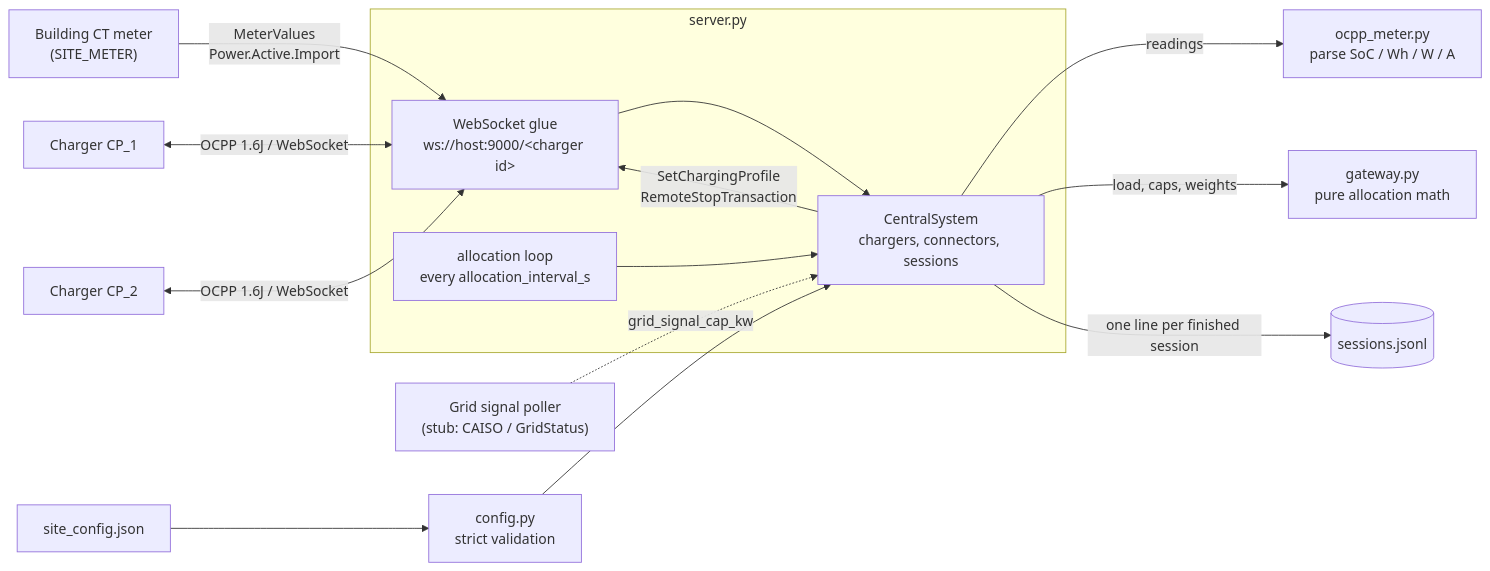
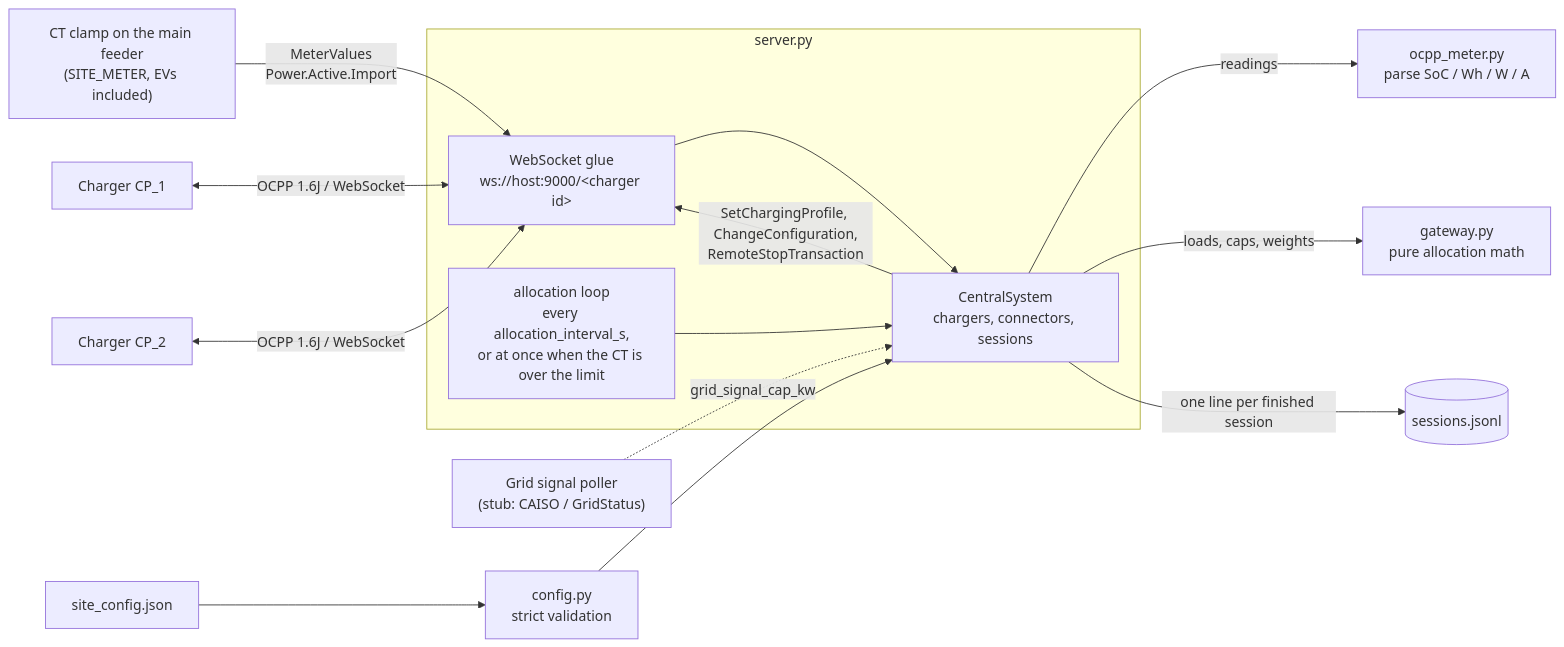
The diagram in README.md (Heme0101/edge-ocpp-router), drawn with Mermaid before and after one commit. The commit also changed other lines of this file and 9 other files, not shown here.

````diff
--- a/README.md
+++ b/README.md
@@ -13,18 +14,18 @@
 ```mermaid
 flowchart LR
-    CT["Building CT meter<br/>(SITE_METER)"] -- "MeterValues<br/>Power.Active.Import" --> WS
+    CT["CT clamp on the main feeder<br/>(SITE_METER, EVs included)"] -- "MeterValues<br/>Power.Active.Import" --> WS
     CP1["Charger CP_1"] <-- "OCPP 1.6J / WebSocket" --> WS
     CP2["Charger CP_2"] <-- "OCPP 1.6J / WebSocket" --> WS
     GRID["Grid signal poller<br/>(stub: CAISO / GridStatus)"] -. "grid_signal_cap_kw" .-> CS
 
     subgraph server.py
         WS["WebSocket glue<br/>ws://host:9000/&lt;charger id&gt;"] --> CS["CentralSystem<br/>chargers, connectors, sessions"]
-        LOOP["allocation loop<br/>every allocation_interval_s"] --> CS
+        LOOP["allocation loop<br/>every allocation_interval_s,<br/>or at once when the CT is over the limit"] --> CS
     end
 
     CS -- "readings" --> METER["ocpp_meter.py<br/>parse SoC / Wh / W / A"]
-    CS -- "load, caps, weights" --> GW["gateway.py<br/>pure allocation math"]
+    CS -- "loads, caps, weights" --> GW["gateway.py<br/>pure allocation math"]
     CFG["site_config.json"] --> CONF["config.py<br/>strict validation"] --> CS
-    CS -- "SetChargingProfile<br/>RemoteStopTransaction" --> WS
+    CS -- "SetChargingProfile, ChangeConfiguration,<br/>RemoteStopTransaction" --> WS
     CS -- "one line per finished session" --> LOG[("sessions.jsonl")]
 ```
````
